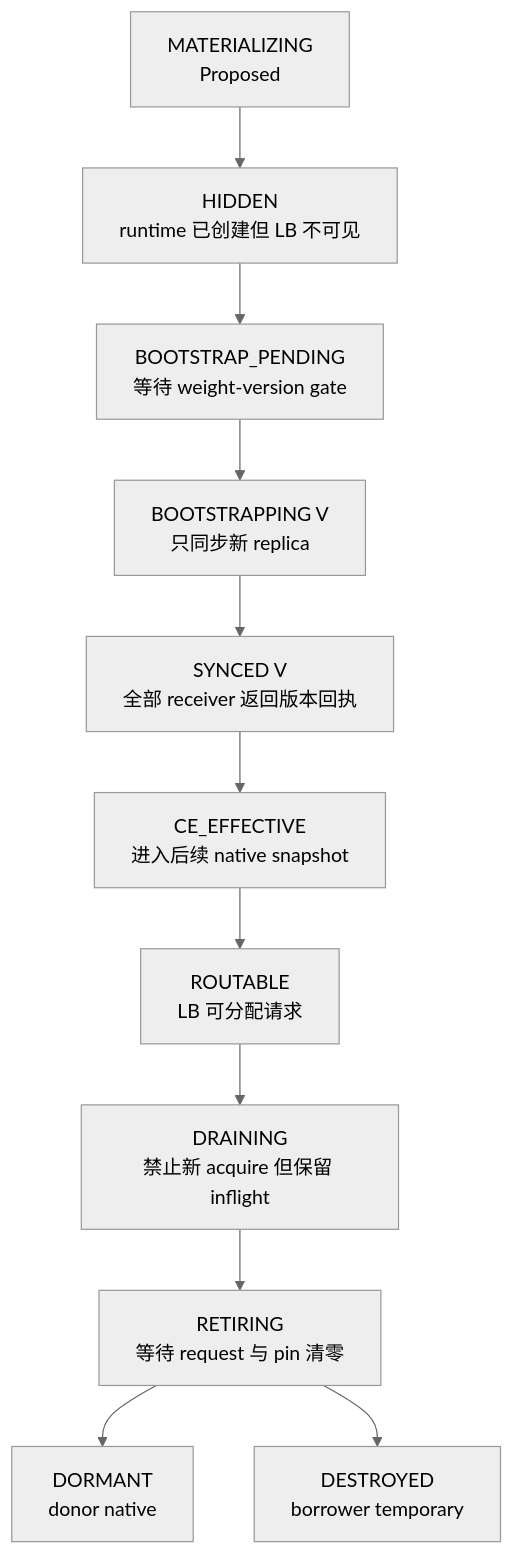
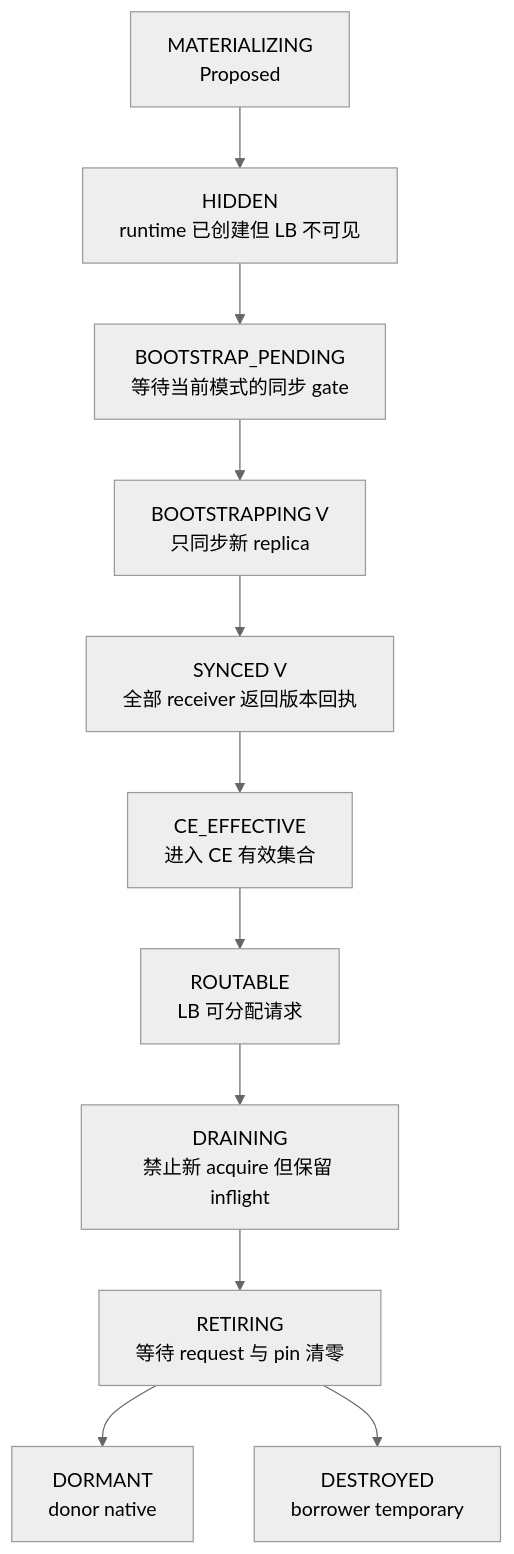
Before and after one commit to niuypei/multi_task_verl: the first of 11 diagrams in multi_task_scheduler/references/17-verl-v0.9-dynamic-replica-scaling-timing-and-mutual-exclusion.md, drawn with Mermaid (neutral theme). The commit also changed other lines of this file and 2 other files, not shown here.

````diff
--- a/multi_task_scheduler/references/17-verl-v0.9-dynamic-replica-scaling-timing-and-mutual-exclusion.md
+++ b/multi_task_scheduler/references/17-verl-v0.9-dynamic-replica-scaling-timing-and-mutual-exclusion.md
@@ -118,13 +176,13 @@
 ```mermaid
 flowchart TB
     Materializing["MATERIALIZING<br/>Proposed"] --> Hidden["HIDDEN<br/>runtime 已创建但 LB 不可见"]
-    Hidden --> BootstrapPending["BOOTSTRAP_PENDING<br/>等待 weight-version gate"]
+    Hidden --> BootstrapPending["BOOTSTRAP_PENDING<br/>等待当前模式的同步 gate"]
     BootstrapPending --> Bootstrapping["BOOTSTRAPPING V<br/>只同步新 replica"]
     Bootstrapping --> Synced["SYNCED V<br/>全部 receiver 返回版本回执"]
-    Synced --> Effective["CE_EFFECTIVE<br/>进入后续 native snapshot"]
+    Synced --> Effective["CE_EFFECTIVE<br/>进入 CE 有效集合"]
     Effective --> Routable["ROUTABLE<br/>LB 可分配请求"]
     Routable --> Draining["DRAINING<br/>禁止新 acquire 但保留 inflight"]
     Draining --> Retiring["RETIRING<br/>等待 request 与 pin 清零"]
     Retiring --> Dormant["DORMANT<br/>donor native"]
     Retiring --> Destroyed["DESTROYED<br/>borrower temporary"]
 ```
````
